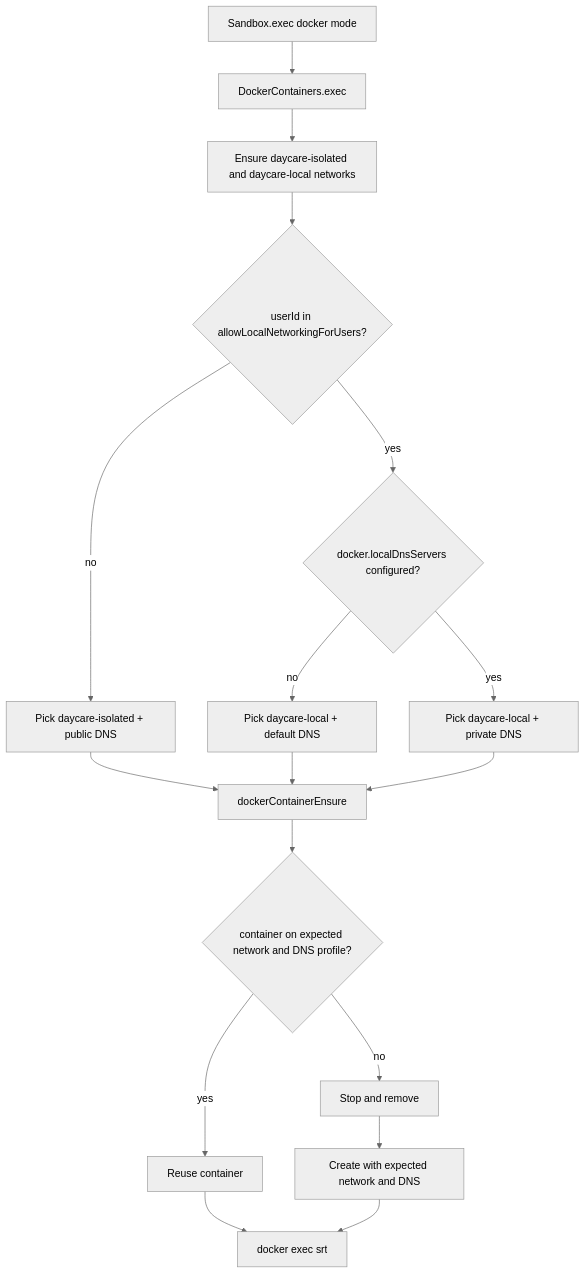
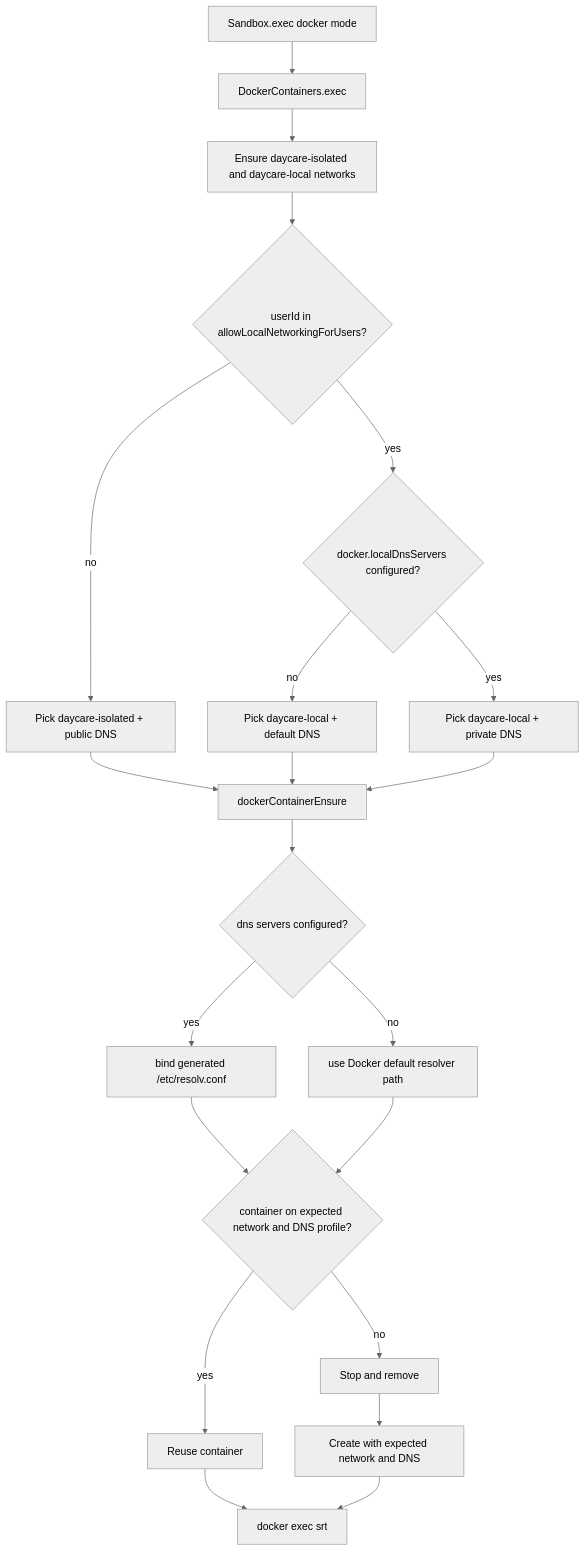
The diagram in doc/internals/docker-network-local-isolation.md (ex3ndr/daycare), drawn with Mermaid (neutral theme) before and after one commit. The commit also changed other lines of this file and 3 other files, not shown here.

Commit message:
fix(sandbox): bind resolv.conf for dns-pinned docker

````diff
--- a/doc/internals/docker-network-local-isolation.md
+++ b/doc/internals/docker-network-local-isolation.md
@@ -41,19 +43,23 @@
 ```mermaid
 flowchart TD
     A[Sandbox.exec docker mode] --> B[DockerContainers.exec]
     B --> C[Ensure daycare-isolated and daycare-local networks]
     C --> D{userId in allowLocalNetworkingForUsers?}
     D -- no --> E[Pick daycare-isolated + public DNS]
     D -- yes --> F{docker.localDnsServers configured?}
     F -- no --> G[Pick daycare-local + default DNS]
     F -- yes --> H[Pick daycare-local + private DNS]
     E --> I[dockerContainerEnsure]
     G --> I
     H --> I
-    I --> J{container on expected network and DNS profile?}
+    I --> I1{dns servers configured?}
+    I1 -- yes --> I2[bind generated /etc/resolv.conf]
+    I1 -- no --> I3[use Docker default resolver path]
+    I2 --> J{container on expected network and DNS profile?}
+    I3 --> J
     J -- yes --> K[Reuse container]
     J -- no --> L[Stop and remove]
     L --> M[Create with expected network and DNS]
     K --> N[docker exec srt]
     M --> N
 ```
````
